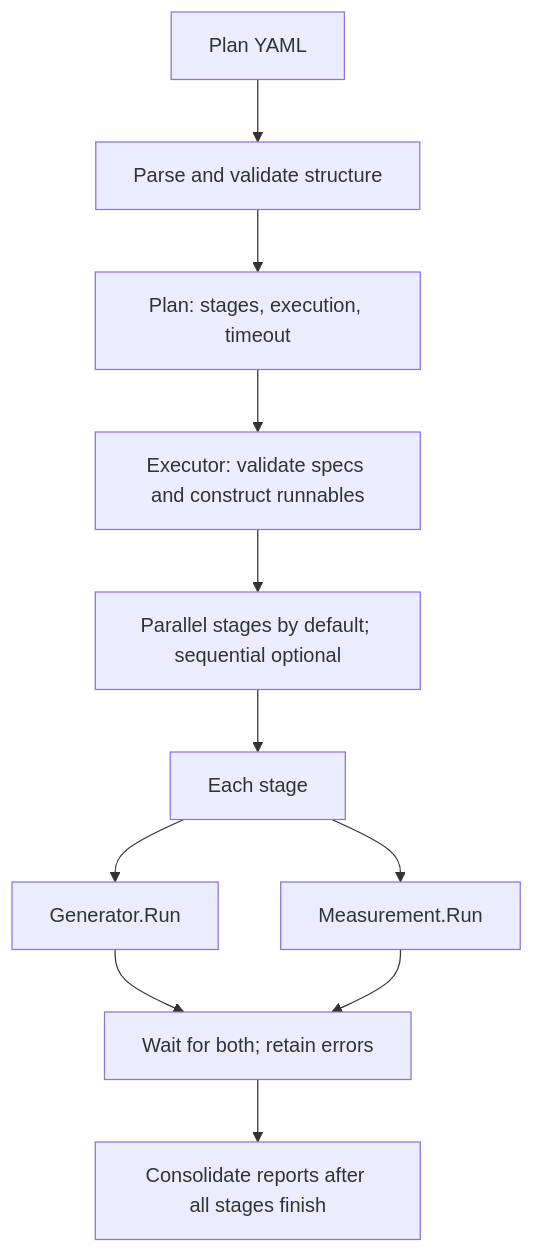
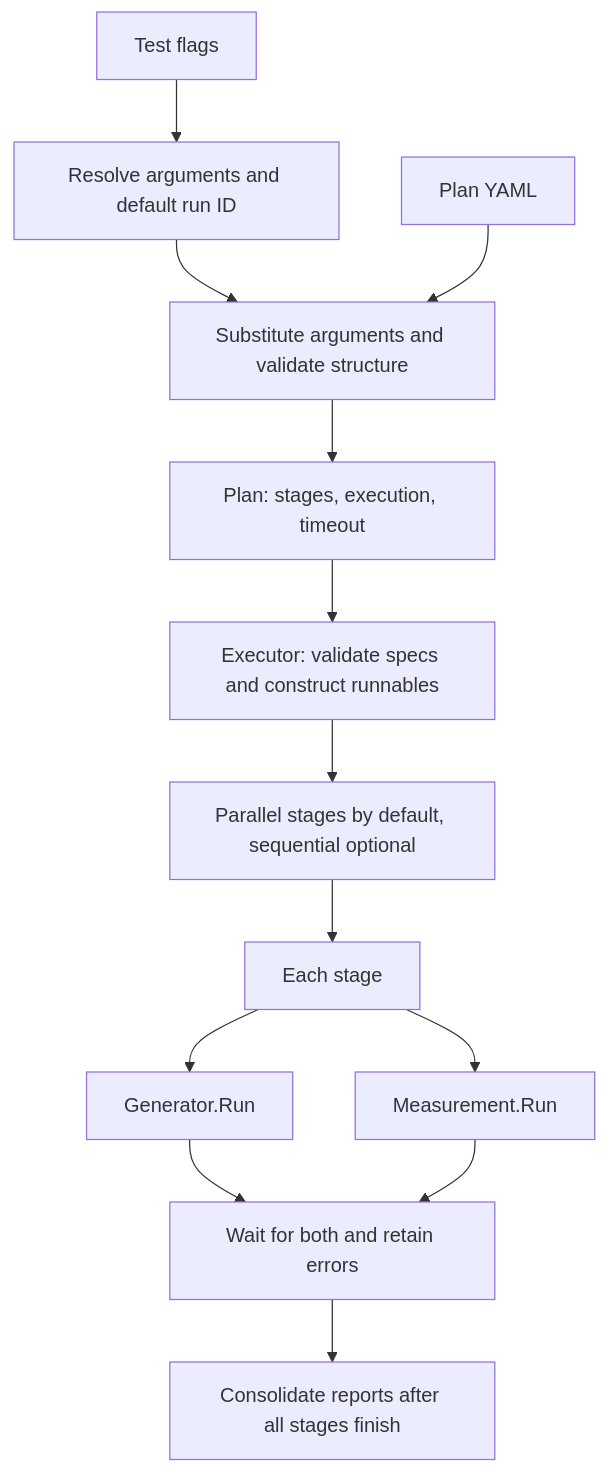
The diagram in tests/scale/README.md (djaglowski-nvidia/nvke-telemetry-pipeline), drawn with Mermaid before and after one commit. The commit also changed other lines of this file and 12 other files, not shown here.

First line of the commit message:
feat(scale): add plan arguments and run attribution (#53)

````diff
--- a/tests/scale/README.md
+++ b/tests/scale/README.md
@@ -64,13 +66,15 @@
 ```mermaid
 flowchart TD
-    YAML["Plan YAML"] --> Parse["Parse and validate structure"]
+    Flags["Test flags"] --> Arguments["Resolve arguments and default run ID"]
+    Arguments --> Parse["Substitute arguments and validate structure"]
+    YAML["Plan YAML"] --> Parse
     Parse --> Plan["Plan: stages, execution, timeout"]
     Plan --> Executor["Executor: validate specs and construct runnables"]
-    Executor --> Schedule["Parallel stages by default; sequential optional"]
+    Executor --> Schedule["Parallel stages by default, sequential optional"]
     Schedule --> Stage["Each stage"]
     Stage --> Generator["Generator.Run"]
     Stage --> Measurement["Measurement.Run"]
-    Generator --> Join["Wait for both; retain errors"]
+    Generator --> Join["Wait for both and retain errors"]
     Measurement --> Join
     Join --> Reports["Consolidate reports after all stages finish"]
 ```
````
